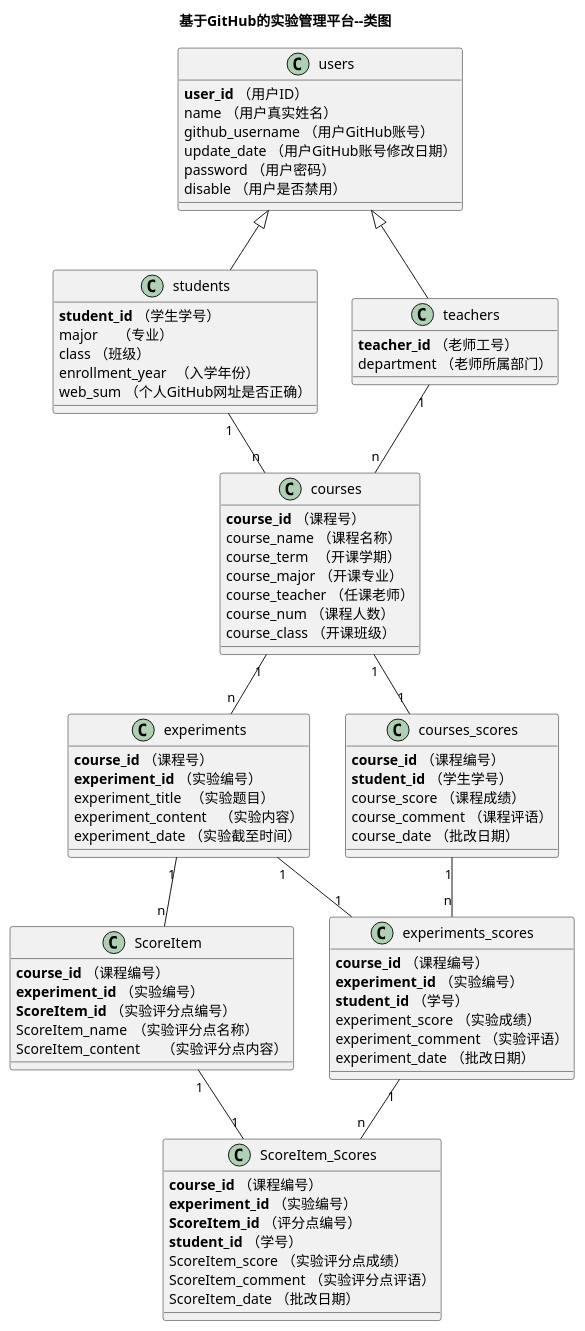
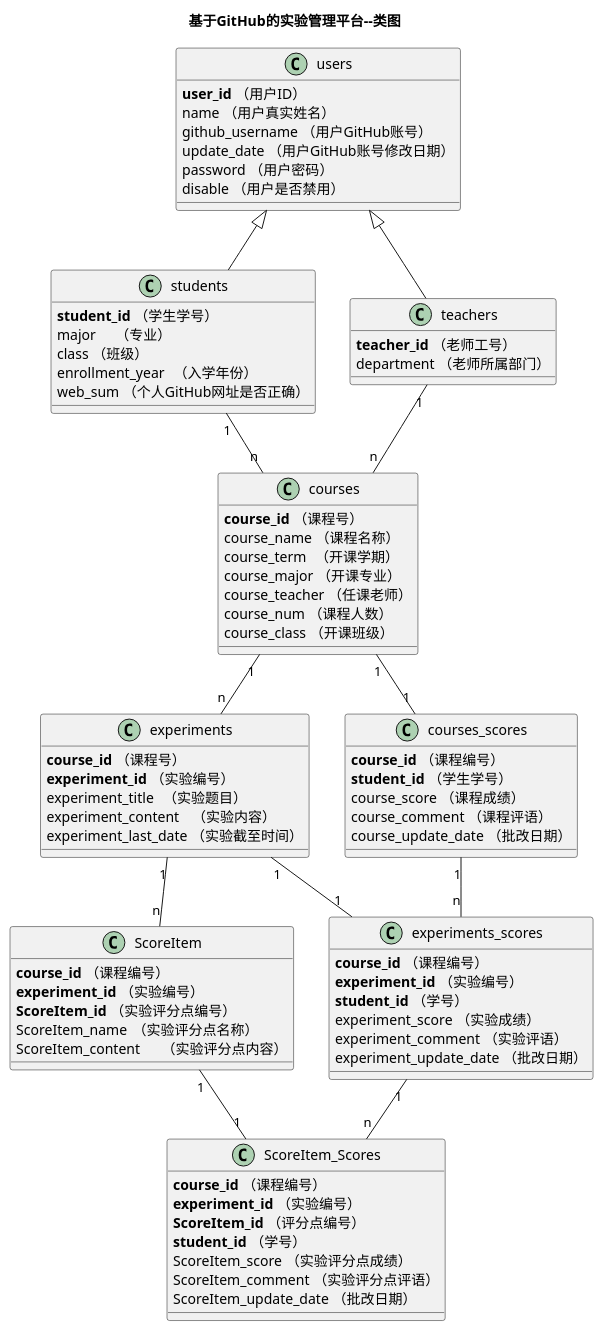
The diagram in test6/类图.puml (duolalu/is_analysis), drawn with PlantUML before and after one commit. The commit also changed 1 other file, not shown here.

```diff
--- a/test6/类图.puml
+++ b/test6/类图.puml
@@ -1,93 +1,93 @@
 @startuml
 title 基于GitHub的实验管理平台--类图
 class users {
     <b>user_id</b> （用户ID）
     name （用户真实姓名）
     github_username （用户GitHub账号）
     update_date （用户GitHub账号修改日期）
     password （用户密码）
     disable （用户是否禁用）
 }
 class teachers{
     <b>teacher_id</b> （老师工号）
     department （老师所属部门）
 }
 class students{
     <b>student_id</b> （学生学号）
     major	（专业）
     class （班级）
     enrollment_year	（入学年份）
     web_sum （个人GitHub网址是否正确）
 }
 users <|- students
 users <|-- teachers
 
 class courses {
     <b>course_id</b> （课程号）
     course_name （课程名称）
     course_term	 （开课学期）
     course_major （开课专业）
     course_teacher （任课老师）
     course_num （课程人数）
     course_class （开课班级）
 
 
 }
 
 class experiments {
     <b>course_id</b> （课程号）
     <b>experiment_id</b> （实验编号）
     experiment_title	（实验题目）
     experiment_content	（实验内容）
-    experiment_date （实验截至时间）
+    experiment_last_date （实验截至时间）
 }
 
 class courses_scores {
 	<b>course_id</b> （课程编号）
     <b>student_id</b> （学生学号）
     course_score （课程成绩）
     course_comment （课程评语）
-    course_date （批改日期）
+    course_update_date （批改日期）
 
 }
 
 class experiments_scores {
     <b>course_id</b> （课程编号）
     <b>experiment_id</b> （实验编号）
     <b>student_id</b> （学号）
     experiment_score （实验成绩）
     experiment_comment （实验评语）
-    experiment_date （批改日期）
+    experiment_update_date （批改日期）
 
 
 }
 
 class ScoreItem {
 	<b>course_id</b> （课程编号）
     <b>experiment_id</b> （实验编号）
     <b>ScoreItem_id</b> （实验评分点编号）
     ScoreItem_name	（实验评分点名称）
     ScoreItem_content	（实验评分点内容）
 }
 class ScoreItem_Scores {
     <b>course_id</b> （课程编号）
     <b>experiment_id</b> （实验编号）
     <b>ScoreItem_id</b> （评分点编号）
     <b>student_id</b> （学号）
    ScoreItem_score （实验评分点成绩）
    ScoreItem_comment （实验评分点评语）
-   ScoreItem_date （批改日期）
+   ScoreItem_update_date （批改日期）
 
 }
 students "1" -- "n"  courses
 courses_scores "1" -- "n"  experiments_scores
 teachers "1" -- "n"  courses
 courses "1" -- "n" experiments
 courses "1" -- "1" courses_scores
 experiments "1" -- "1" experiments_scores
 experiments "1" - "n" ScoreItem
 experiments_scores "1" -- "n"  ScoreItem_Scores
 ScoreItem "1" -- "1" ScoreItem_Scores
 
 
 @enduml
```
